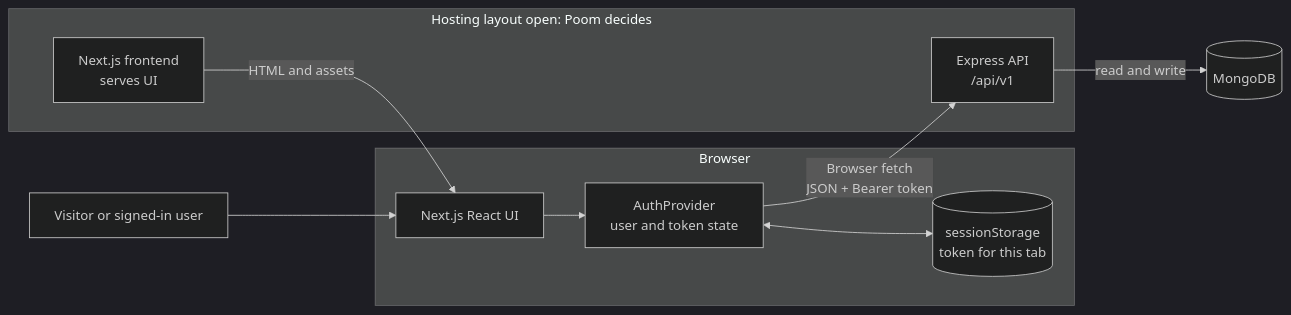
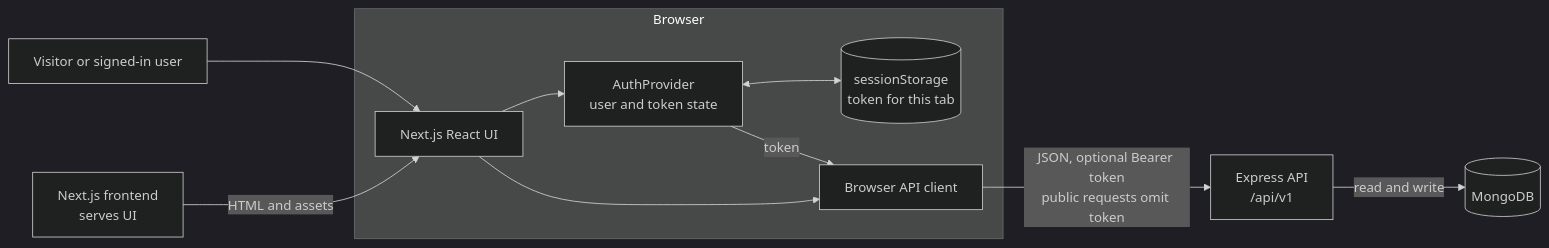
Before and after one commit to Azther0z/frontend-project: the diagram in docs/SYSTEM-DESIGN.md, drawn with Mermaid (dark theme). The commit also changed other lines of this file and 4 other files, not shown here.

````diff
--- a/docs/SYSTEM-DESIGN.md
+++ b/docs/SYSTEM-DESIGN.md
@@ -5,20 +5,21 @@
 ```mermaid
 flowchart LR
     Visitor[Visitor or signed-in user]
     subgraph Web[Browser]
         UI[Next.js React UI]
         Auth[AuthProvider\nuser and token state]
         Store[(sessionStorage\ntoken for this tab)]
+        Client[Browser API client]
         UI --> Auth
         Auth <--> Store
     end
-    subgraph Hosting[Hosting layout open: Poom decides]
-        Next[Next.js frontend\nserves UI]
-        Express[Express API\n/api/v1]
-    end
+    Next[Next.js frontend\nserves UI]
+    Express[Express API\n/api/v1]
     DB[(MongoDB)]
     Visitor --> UI
     Next -->|HTML and assets| UI
-    Auth -->|Browser fetch\nJSON + Bearer token| Express
+    UI --> Client
+    Auth -->|token| Client
+    Client -->|JSON, optional Bearer token\npublic requests omit token| Express
     Express -->|read and write| DB
 ```
````
